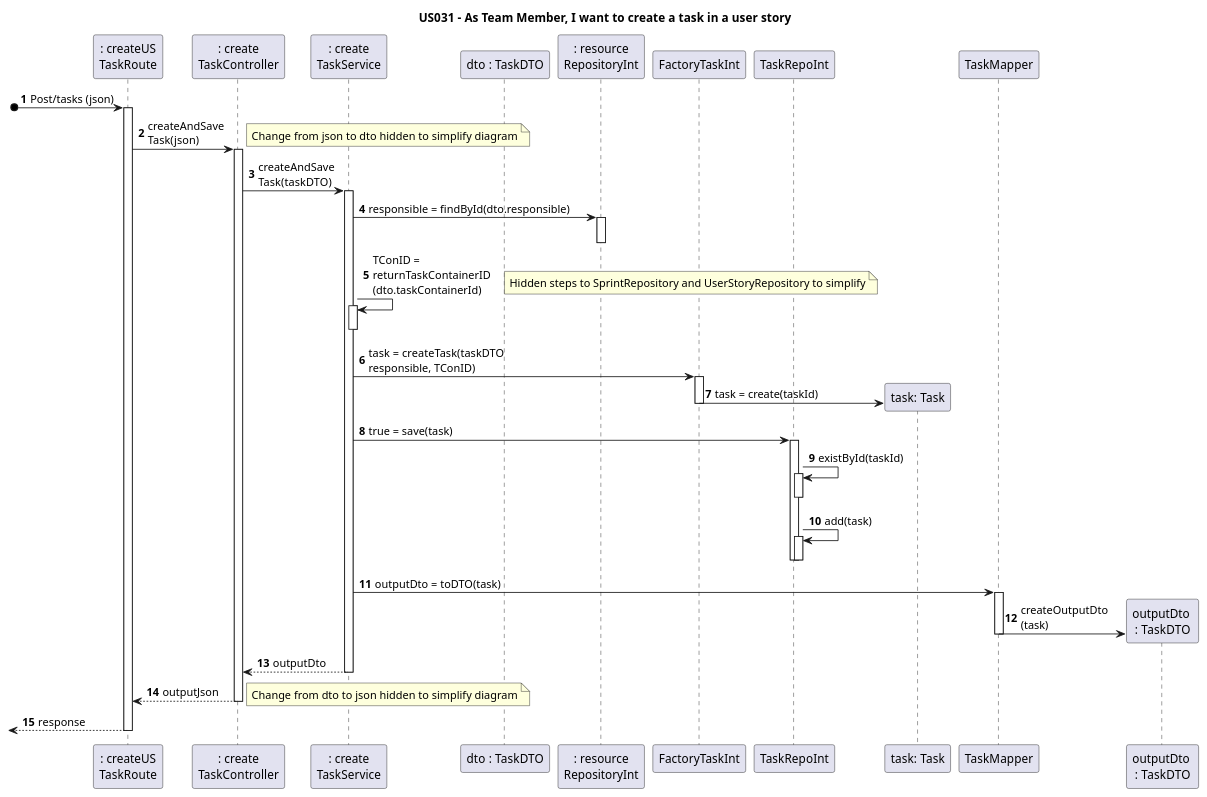
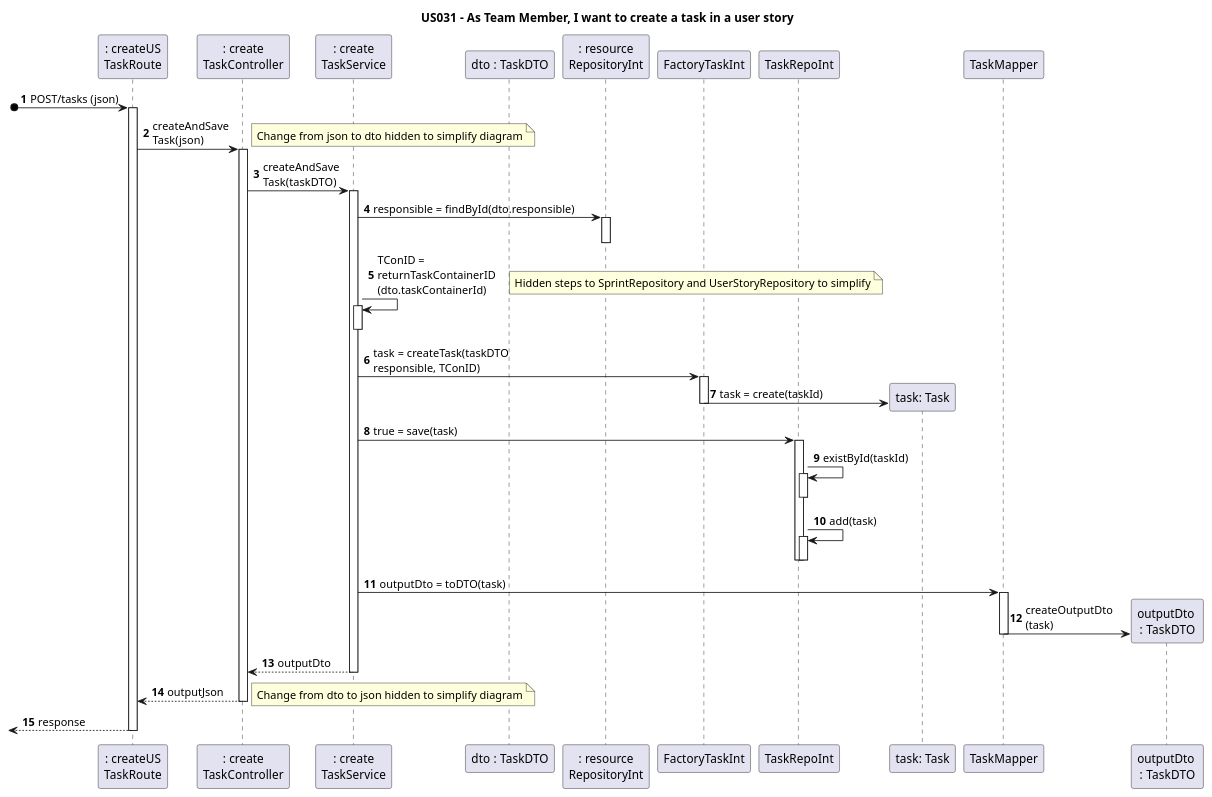
One commit to nunogon1211787/projectManagement changed the diagram in docs/Sprint3/US031/US031-SD.puml. Above: the diagram before and after it, drawn with PlantUML. The commit also changed 33 other files, not shown here.

```diff
--- a/docs/Sprint3/US031/US031-SD.puml
+++ b/docs/Sprint3/US031/US031-SD.puml
@@ -1,73 +1,73 @@
 @startuml
 'https://plantuml.com/sequence-diagram
 
 title US031 - As Team Member, I want to create a task in a user story
 
 autonumber
 autoactivate on
 
 
 participant ": createUS\nTaskRoute" as UI
 participant ": create\nTaskController" as Ctrl
 participant ": create\nTaskService" as tService
 participant "dto : TaskDTO" as dtoTask
 participant ": resource\nRepositoryInt" as resInt
 participant "FactoryTaskInt" as factoryT
 participant "TaskRepoInt" as taskStore
 participant "task: Task" as task
 participant "TaskMapper" as mapper
 participant "outputDto \n: TaskDTO" as output
 
 
-[o-> UI: Post/tasks (json)
+[o-> UI: POST/tasks (json)
 
 UI -> Ctrl: createAndSave\nTask(json)
 
 
 note right
     Change from json to dto hidden to simplify diagram
 end note
 
 Ctrl -> tService: createAndSave\nTask(taskDTO)
 
 tService -> resInt: responsible = findById(dto.responsible)
 deactivate
 tService -> tService: TConID = \nreturnTaskContainerID\n(dto.taskContainerId)
 note right
     Hidden steps to SprintRepository and UserStoryRepository to simplify
 end note
 
 deactivate
 
 tService -> factoryT: task = createTask(taskDTO \nresponsible, TConID)
 
 factoryT -> task**: task = create(taskId)
 deactivate
 
 tService -> taskStore: true = save(task)
 
 taskStore -> taskStore: existById(taskId)
 deactivate
 taskStore -> taskStore: add(task)
 deactivate
 deactivate
 
 tService -> mapper: outputDto = toDTO(task)
 
 mapper -> output**: createOutputDto\n(task)
 deactivate
 
 
 tService --> Ctrl: outputDto
 
 Ctrl --> UI: outputJson
 
 note right
 Change from dto to json hidden to simplify diagram
 end note
 
 [<--UI : response
 
 
 
 @enduml
```
